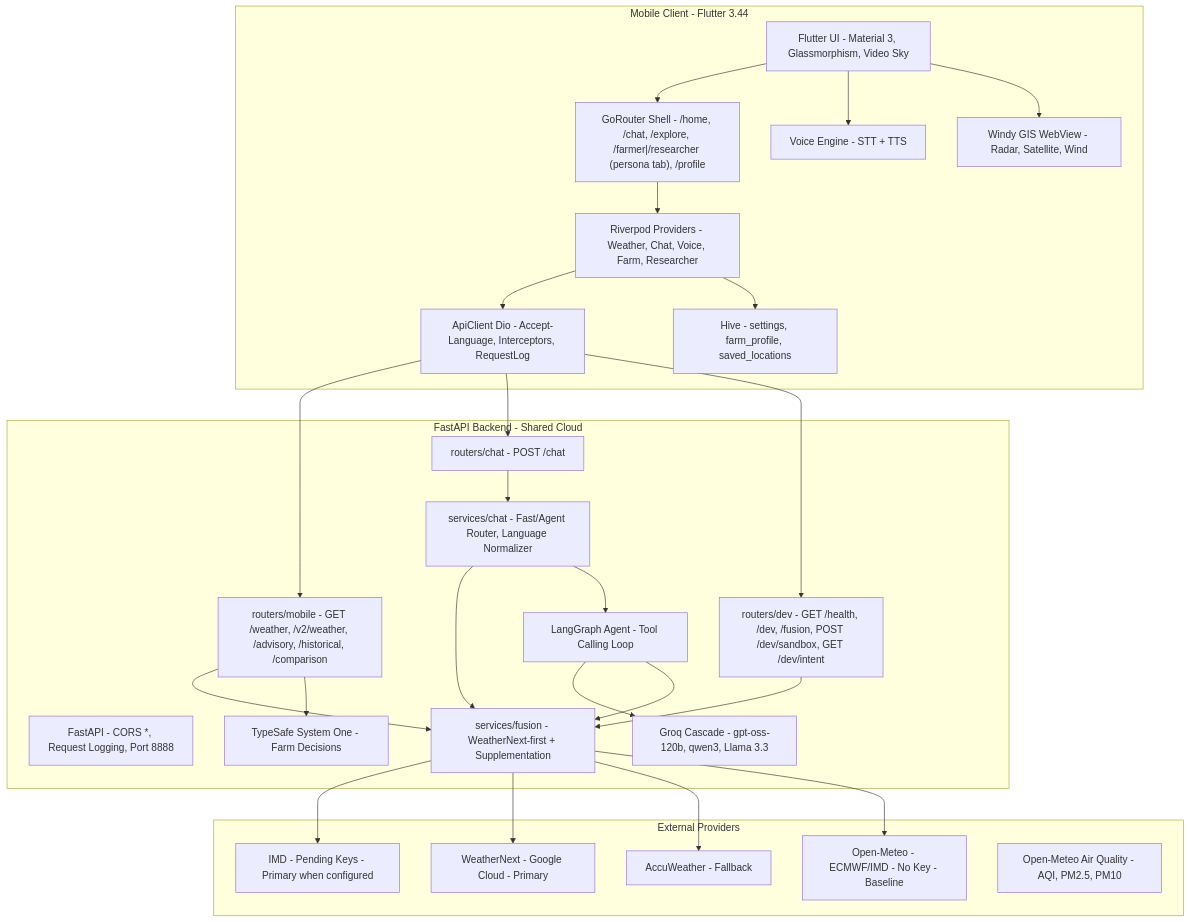
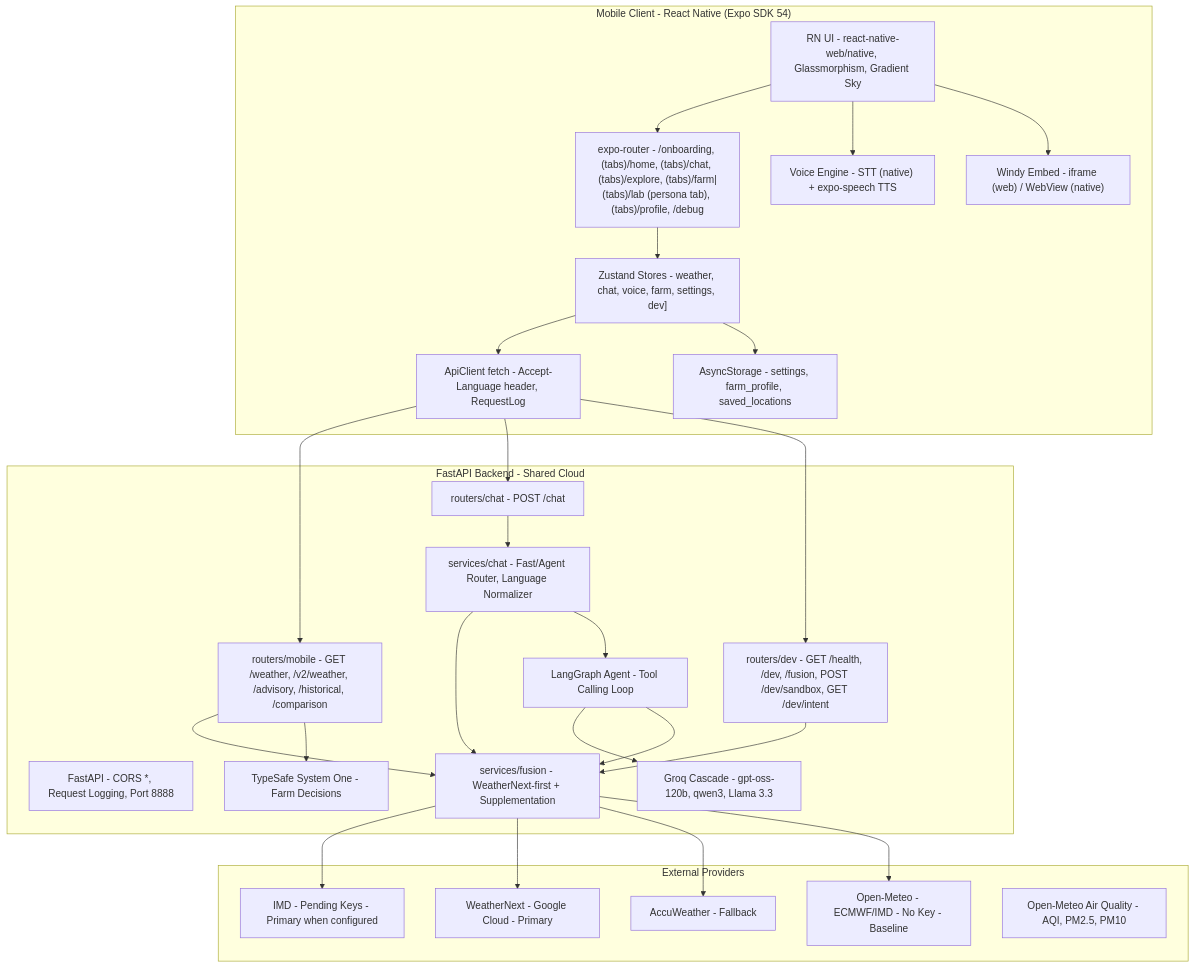
The first of 7 diagrams in ARCHITECTURE.md (omsenjalia/weathergpt-app), drawn with Mermaid before and after one commit. The commit also changed other lines of this file and 326 other files, not shown here.

````diff
--- a/ARCHITECTURE.md
+++ b/ARCHITECTURE.md
@@ -66,57 +67,57 @@
 ```mermaid
 graph TB
-    subgraph "Mobile Client - Flutter 3.44"
-        UI["Flutter UI - Material 3, Glassmorphism, Video Sky"]
-        NAV["GoRouter Shell - /home, /chat, /explore, /farmer|/researcher (persona tab), /profile"]
-        STATE["Riverpod Providers - Weather, Chat, Voice, Farm, Researcher"]
-        CLIENT["ApiClient Dio - Accept-Language, Interceptors, RequestLog"]
-        CACHE["Hive - settings, farm_profile, saved_locations"]
-        VOICE["Voice Engine - STT + TTS"]
-        WEBVIEW["Windy GIS WebView - Radar, Satellite, Wind"]
+    subgraph "Mobile Client - React Native (Expo SDK 54)"
+        UI["RN UI - react-native-web/native, Glassmorphism, Gradient Sky"]
+        NAV["expo-router - /onboarding, (tabs)/home, (tabs)/chat, (tabs)/explore, (tabs)/farm|(tabs)/lab (persona tab), (tabs)/profile, /debug"]
+        STATE["Zustand Stores - weather, chat, voice, farm, settings, dev]"]
+        CLIENT["ApiClient fetch - Accept-Language header, RequestLog"]
+        CACHE["AsyncStorage - settings, farm_profile, saved_locations"]
+        VOICE["Voice Engine - STT (native) + expo-speech TTS"]
+        WEBVIEW["Windy Embed - iframe (web) / WebView (native)"]
     end
 
     subgraph "FastAPI Backend - Shared Cloud"
         API["FastAPI - CORS *, Request Logging, Port 8888"]
         RCHAT["routers/chat - POST /chat"]
         RMOB["routers/mobile - GET /weather, /v2/weather, /advisory, /historical, /comparison"]
         RDEV["routers/dev - GET /health, /dev, /fusion, POST /dev/sandbox, GET /dev/intent"]
         CHATSVC["services/chat - Fast/Agent Router, Language Normalizer"]
         FUSION["services/fusion - WeatherNext-first + Supplementation"]
         JEV["TypeSafe System One - Farm Decisions"]
         AGT["LangGraph Agent - Tool Calling Loop"]
         LLM["Groq Cascade - gpt-oss-120b, qwen3, Llama 3.3"]
     end
 
     subgraph "External Providers"
         OM["Open-Meteo - ECMWF/IMD - No Key - Baseline"]
         AW["AccuWeather - Fallback"]
         WN["WeatherNext - Google Cloud - Primary"]
         IMD["IMD - Pending Keys - Primary when configured"]
         AQI["Open-Meteo Air Quality - AQI, PM2.5, PM10"]
     end
 
     UI --> NAV
     NAV --> STATE
     STATE --> CLIENT
     STATE --> CACHE
     UI --> VOICE
     UI --> WEBVIEW
 
     CLIENT --> RMOB
     CLIENT --> RCHAT
     CLIENT --> RDEV
 
     RCHAT --> CHATSVC
     CHATSVC --> FUSION
     CHATSVC --> AGT
     AGT --> LLM
     AGT --> FUSION
     RMOB --> FUSION
     RMOB --> JEV
     RDEV --> FUSION
 
     FUSION --> IMD
     FUSION --> WN
     FUSION --> AW
     FUSION --> OM
 ```
````
